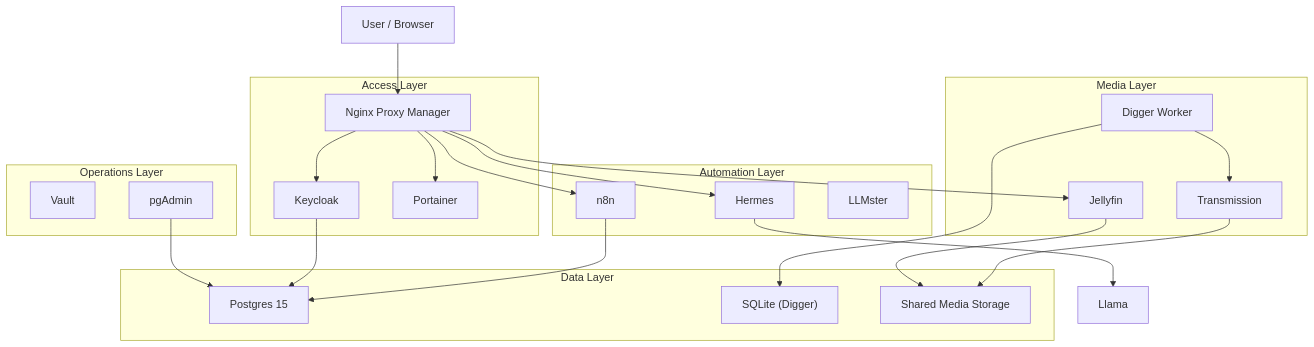
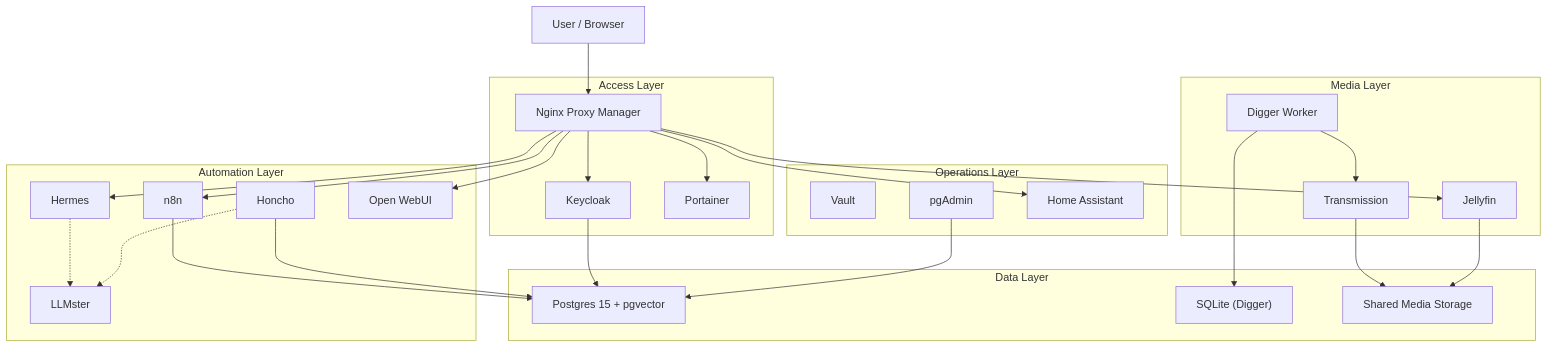
One commit to mouralx/homelab changed the first of 5 diagrams in docs/architecture.md. Above: the diagram before and after it, drawn with Mermaid. The commit also changed other lines of this file and 7 other files, not shown here.

````diff
--- a/docs/architecture.md
+++ b/docs/architecture.md
@@ -16,49 +16,56 @@
 ```mermaid
 flowchart TD
     subgraph Access["Access Layer"]
         NPM["Nginx Proxy Manager"]
         Keycloak["Keycloak"]
         Portainer["Portainer"]
     end
 
     subgraph Automation["Automation Layer"]
         n8n["n8n"]
         Hermes["Hermes"]
         LLMster["LLMster"]
+        Honcho["Honcho"]
+        OWUI["Open WebUI"]
     end
 
     subgraph Media["Media Layer"]
         Digger["Digger Worker"]
         Transmission["Transmission"]
         Jellyfin["Jellyfin"]
     end
 
     subgraph Operations["Operations Layer"]
         Vault["Vault"]
         pgAdmin["pgAdmin"]
+        HomeAssistant["Home Assistant"]
     end
 
     subgraph Data["Data Layer"]
-        Postgres["Postgres 15"]
+        Postgres["Postgres 15 + pgvector"]
         SQLite["SQLite (Digger)"]
         MediaDisk["Shared Media Storage"]
     end
 
     User["User / Browser"] --> NPM
     NPM --> Keycloak
     NPM --> Portainer
+    NPM --> HomeAssistant
     NPM --> Jellyfin
     NPM --> n8n
     NPM --> Hermes
+    NPM --> OWUI
 
     Digger --> Transmission
     Digger --> SQLite
     Transmission --> MediaDisk
     Jellyfin --> MediaDisk
 
     n8n --> Postgres
     Keycloak --> Postgres
+    Honcho --> Postgres
     pgAdmin --> Postgres
 
-    Hermes --> Llama
+    Hermes -.-> LLMster
+    Honcho -.-> LLMster
 ```
````
